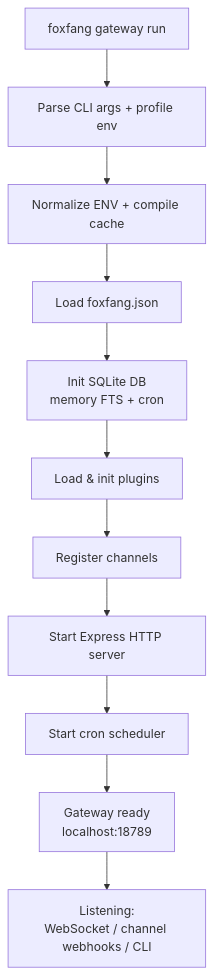
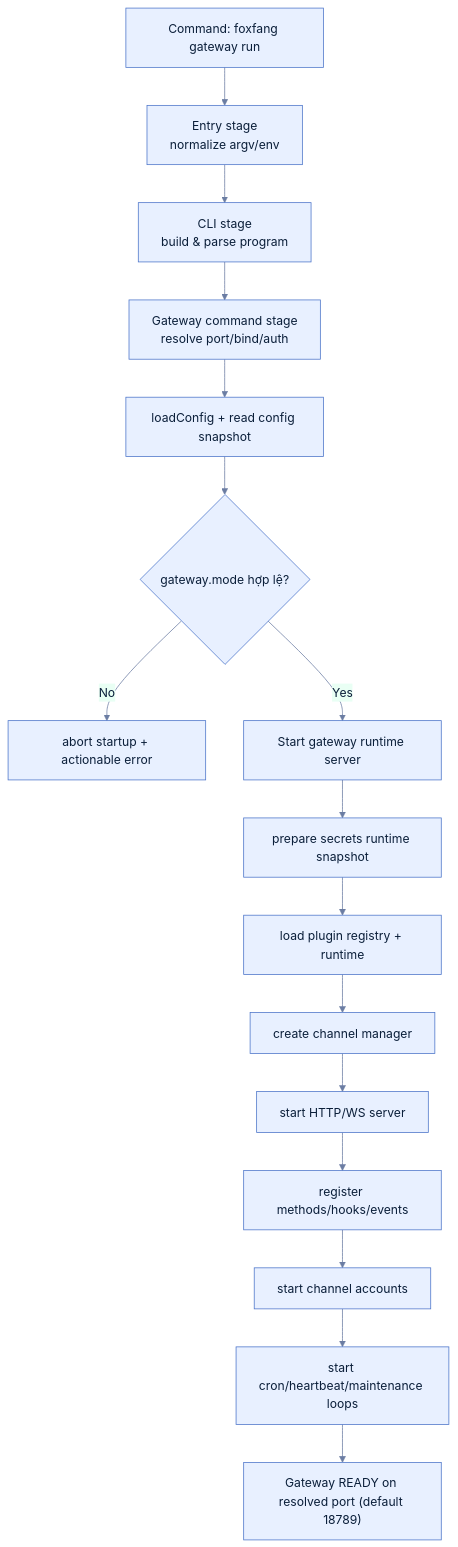
One commit to louisdevzz/foxfang changed the third of 17 diagrams in docs/architecture-overview.md. Above: the diagram before and after it, drawn with Mermaid. The commit also changed other lines of this file and 313 other files, not shown here.

````diff
--- a/docs/architecture-overview.md
+++ b/docs/architecture-overview.md
@@ -388,13 +102,19 @@
 ```mermaid
+%%{init: {'theme':'base','themeVariables': {'primaryColor':'#E8F0FF','primaryTextColor':'#0B1F3A','primaryBorderColor':'#4B74C9','lineColor':'#6B7DA3','secondaryColor':'#E9FFF4','tertiaryColor':'#FFF4E6','fontFamily':'Inter, system-ui, sans-serif'}}}%%
 flowchart TD
-    Start["foxfang gateway run"] --> ParseArgs["Parse CLI args + profile env"]
-    ParseArgs --> NormalizeEnv["Normalize ENV + compile cache"]
-    NormalizeEnv --> LoadConfig["Load foxfang.json"]
-    LoadConfig --> InitDB["Init SQLite DB\nmemory FTS + cron"]
-    InitDB --> LoadPlugins["Load & init plugins"]
-    LoadPlugins --> RegisterChannels["Register channels"]
-    RegisterChannels --> StartHTTP["Start Express HTTP server"]
-    StartHTTP --> StartCron["Start cron scheduler"]
-    StartCron --> Ready["Gateway ready\nlocalhost:18789"]
-    Ready --> Listen["Listening:\nWebSocket / channel webhooks / CLI"]
+    S0["Command: foxfang gateway run"] --> S1["Entry stage\nnormalize argv/env"]
+    S1 --> S2["CLI stage\nbuild & parse program"]
+    S2 --> S3["Gateway command stage\nresolve port/bind/auth"]
+    S3 --> S4["loadConfig + read config snapshot"]
+    S4 --> S5{"gateway.mode hợp lệ?"}
+    S5 -- "No" --> S5a["abort startup + actionable error"]
+    S5 -- "Yes" --> S6["Start gateway runtime server"]
+    S6 --> S7["prepare secrets runtime snapshot"]
+    S7 --> S8["load plugin registry + runtime"]
+    S8 --> S9["create channel manager"]
+    S9 --> S10["start HTTP/WS server"]
+    S10 --> S11["register methods/hooks/events"]
+    S11 --> S12["start channel accounts"]
+    S12 --> S13["start cron/heartbeat/maintenance loops"]
+    S13 --> S14["Gateway READY on resolved port (default 18789)"]
 ```
````
